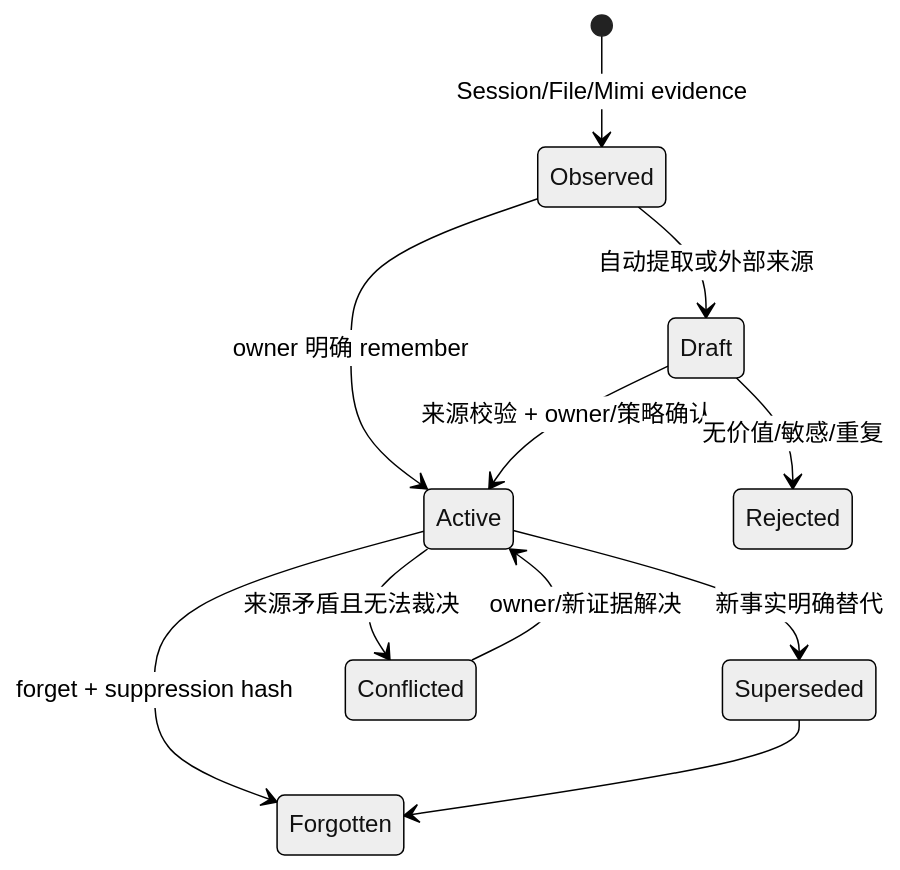
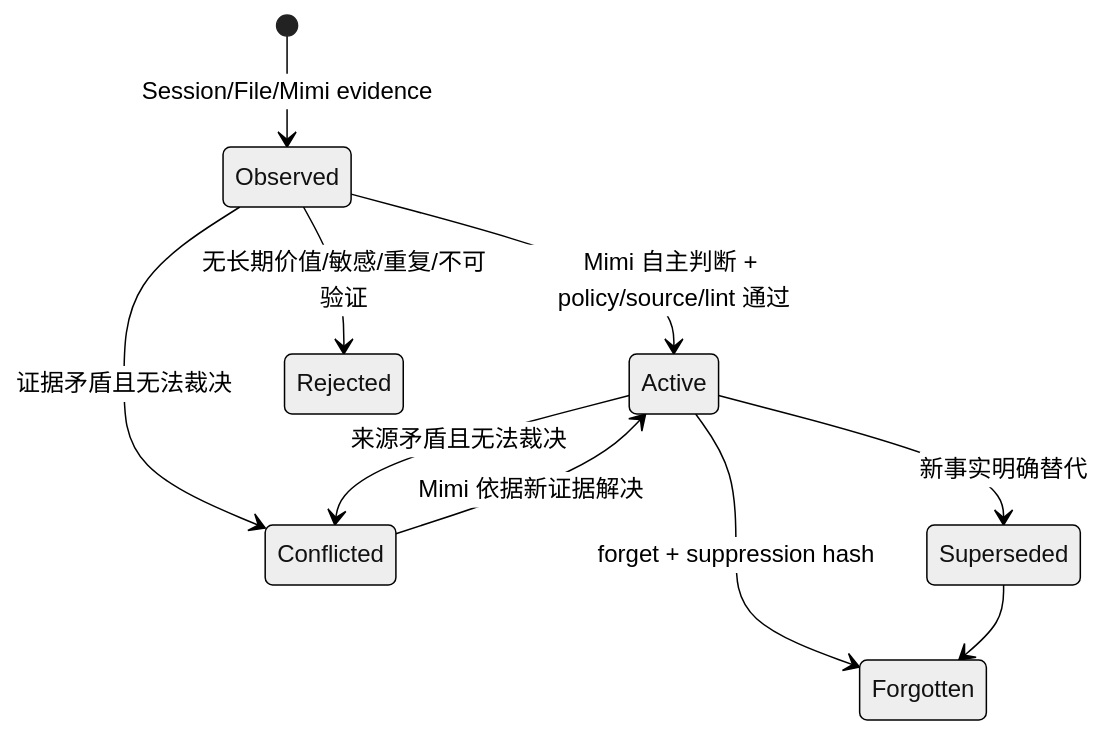
One commit to Kickflip73/NanoAgent changed the fourth of 5 diagrams in docs/plans/20260715-MimiAgent统一MemoryHub-计划.md. Above: the diagram before and after it, drawn with Mermaid (neutral theme). The commit also changed other lines of this file and 104 other files, not shown here.

````diff
--- a/docs/plans/20260715-MimiAgent统一MemoryHub-计划.md
+++ b/docs/plans/20260715-MimiAgent统一MemoryHub-计划.md
@@ -359,13 +405,12 @@
 ```mermaid
 stateDiagram-v2
     [*] --> Observed: Session/File/Mimi evidence
-    Observed --> Draft: 自动提取或外部来源
-    Observed --> Active: owner 明确 remember
-    Draft --> Active: 来源校验 + owner/策略确认
-    Draft --> Rejected: 无价值/敏感/重复
+    Observed --> Active: Mimi 自主判断 + policy/source/lint 通过
+    Observed --> Rejected: 无长期价值/敏感/重复/不可验证
+    Observed --> Conflicted: 证据矛盾且无法裁决
     Active --> Superseded: 新事实明确替代
     Active --> Conflicted: 来源矛盾且无法裁决
-    Conflicted --> Active: owner/新证据解决
+    Conflicted --> Active: Mimi 依据新证据解决
     Active --> Forgotten: forget + suppression hash
     Superseded --> Forgotten
 ```
````
